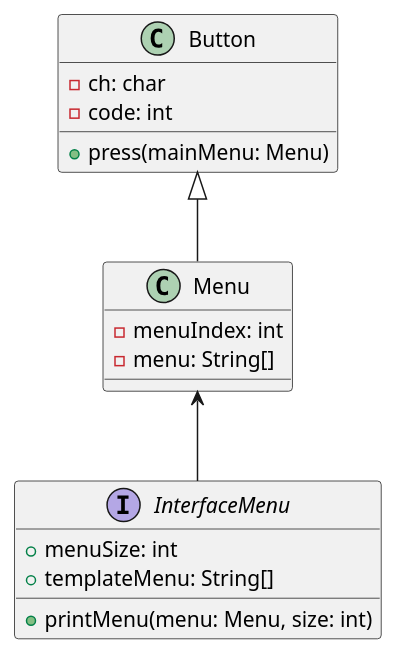
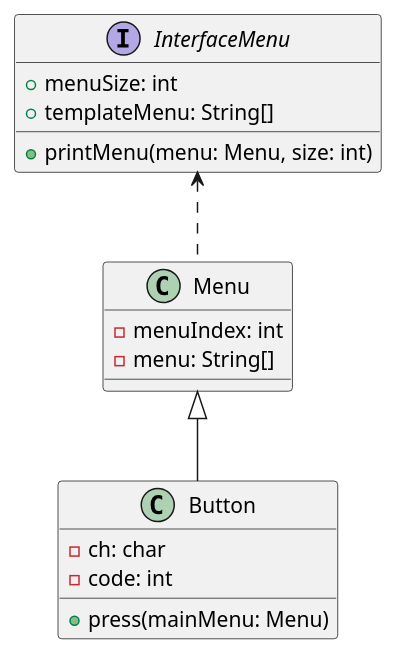
Before and after one commit to AlexeyDer/Java_Autumn_Gradle: the diagram in src/main/java/myMenu/Uml.puml, drawn with PlantUML. The commit also changed 11 other files, not shown here.

Commit message:
Delete unnecessary files, write multi.chat with unfinished history programm, finished uml for Menu

```diff
--- a/src/main/java/myMenu/Uml.puml
+++ b/src/main/java/myMenu/Uml.puml
@@ -1,32 +1,30 @@
 @startuml
 
 interface InterfaceMenu {
     + menuSize: int
     + templateMenu: String[]
 
     +printMenu(menu: Menu, size: int)
 }
 
- Menu <-- InterfaceMenu
+ InterfaceMenu <.. Menu
 
-'Menu <|-- NameSubmenu
-Button <|-- Menu
-'Menu <|-- Settings
+Menu <|--Button
 
 class Menu {
     -menuIndex: int
     -menu: String[]
 }
 
 'class NameSubmenu {
 '     - List<String>names
 '
 '}
 
 class Button {
   -ch: char
   -code: int
   + press(mainMenu: Menu)
 }
 
 @enduml
```
